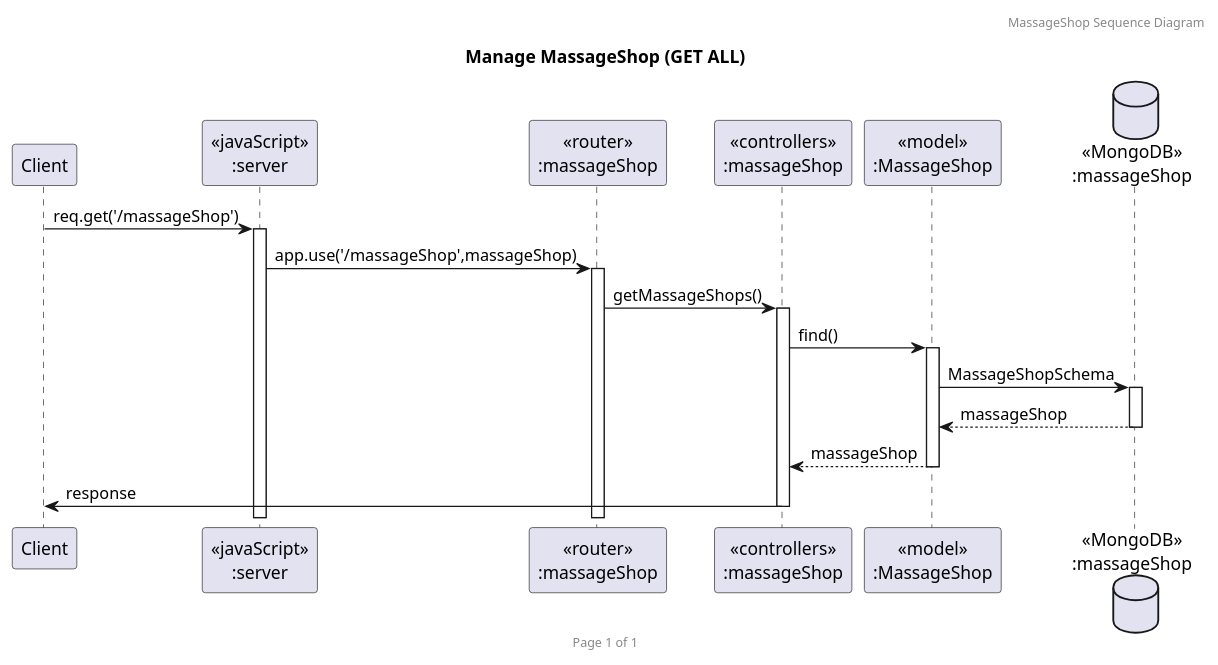
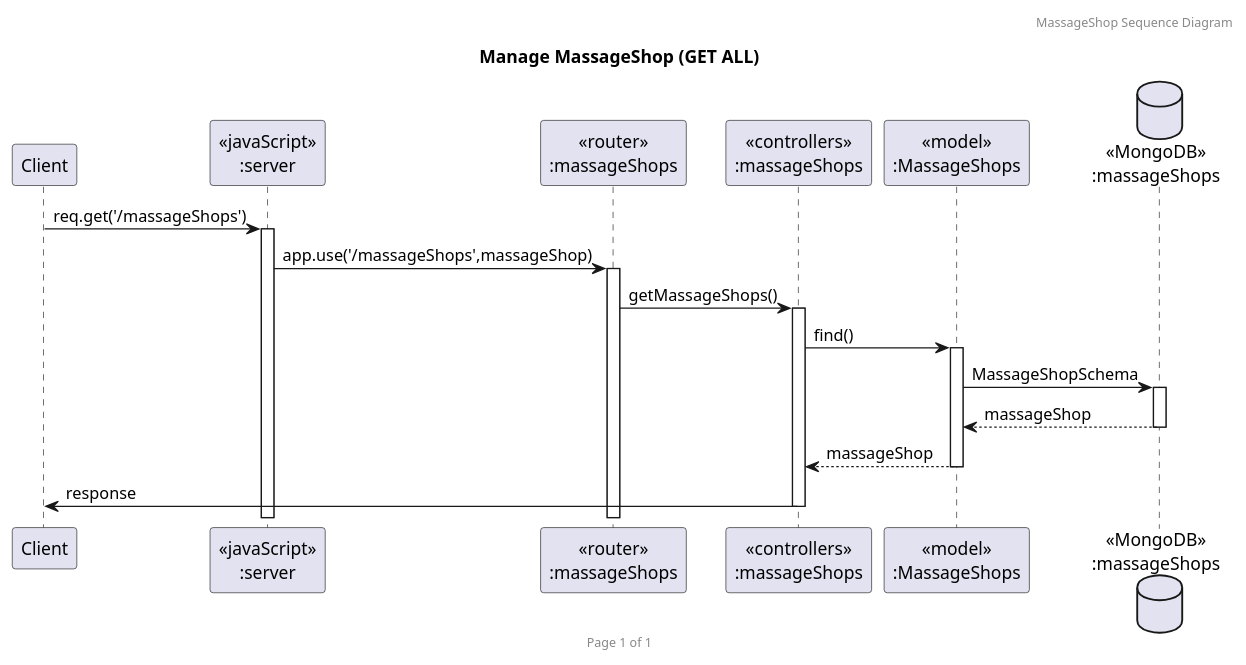
The diagram in uml/SequenceDiagram/MassageShop/getall.puml (2110503TACEDT66/presentation-day-1-kalaeksi-phloeng-rachan), drawn with PlantUML before and after one commit. The commit also changed 9 other files, not shown here.

Commit message:
fix uml diagram

```diff
--- a/uml/SequenceDiagram/MassageShop/getall.puml
+++ b/uml/SequenceDiagram/MassageShop/getall.puml
@@ -1,27 +1,27 @@
 @startuml Manage MassageShop (GET ALL)
 
 
 header MassageShop Sequence Diagram
 footer Page %page% of %lastpage%
 title "Manage MassageShop (GET ALL)"
 
 
 participant "Client" as client
 participant "<<javaScript>>\n:server" as server
-participant "<<router>>\n:massageShop" as routerMassageShops
-participant "<<controllers>>\n:massageShop" as controllersMassageShops
-participant "<<model>>\n:MassageShop" as modelMassageShop
-database "<<MongoDB>>\n:massageShop" as MassageShopsDatabase
+participant "<<router>>\n:massageShops" as routerMassageShops
+participant "<<controllers>>\n:massageShops" as controllersMassageShops
+participant "<<model>>\n:MassageShops" as modelMassageShop
+database "<<MongoDB>>\n:massageShops" as MassageShopsDatabase
 
 
-client->server ++:req.get('/massageShop')
-server->routerMassageShops ++:app.use('/massageShop',massageShop)
+client->server ++:req.get('/massageShops')
+server->routerMassageShops ++:app.use('/massageShops',massageShop)
 routerMassageShops -> controllersMassageShops ++:getMassageShops()
 controllersMassageShops->modelMassageShop ++:find()
 modelMassageShop ->MassageShopsDatabase ++: MassageShopSchema
 MassageShopsDatabase --> modelMassageShop --: massageShop
 controllersMassageShops <-- modelMassageShop --:massageShop
 controllersMassageShops->client --:response
 
 
 @enduml
```
